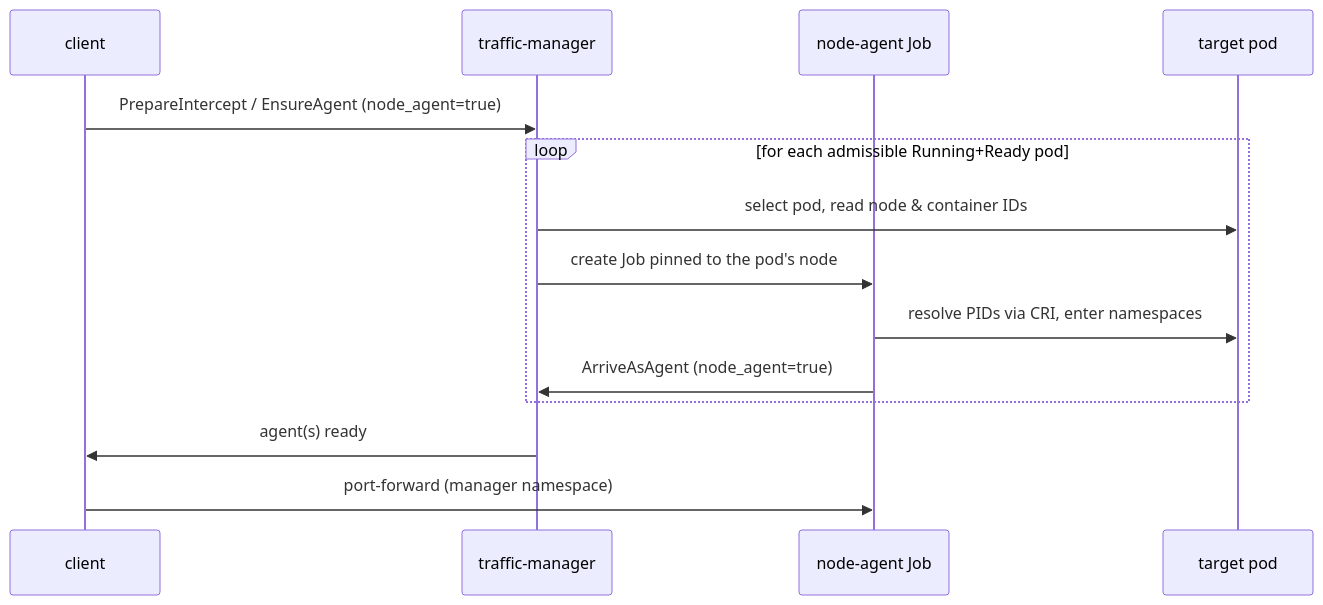
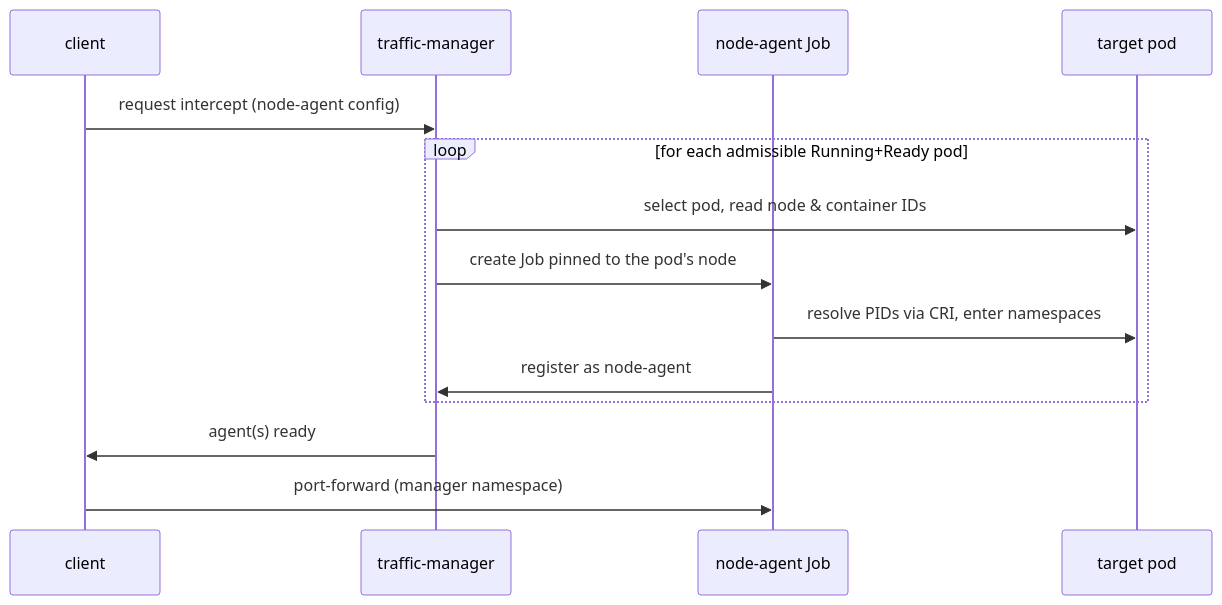
The diagram in docs/reference/node-agent.md (telepresenceio/telepresence), drawn with Mermaid before and after one commit. The commit also changed other lines of this file and 3 other files, not shown here.

````diff
--- a/docs/reference/node-agent.md
+++ b/docs/reference/node-agent.md
@@ -48,16 +48,16 @@
 ```mermaid
 sequenceDiagram
   participant C as client
   participant M as traffic-manager
   participant J as node-agent Job
   participant P as target pod
-  C->>M: PrepareIntercept / EnsureAgent (node_agent=true)
+  C->>M: request intercept (node-agent config)
   loop for each admissible Running+Ready pod
     M->>P: select pod, read node & container IDs
     M->>J: create Job pinned to the pod's node
     J->>P: resolve PIDs via CRI, enter namespaces
-    J->>M: ArriveAsAgent (node_agent=true)
+    J->>M: register as node-agent
   end
   M->>C: agent(s) ready
   C->>J: port-forward (manager namespace)
 ```
````
